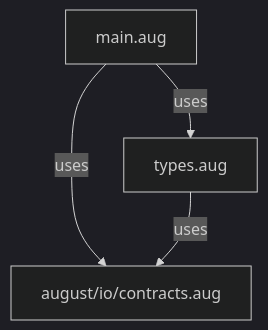
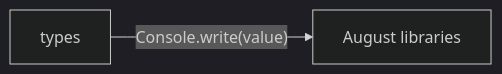
Before and after one commit to GreenPandaStudios/augscript: the second of 2 diagrams in docs/examples/generic-di/diagrams/index.md, drawn with Mermaid (dark theme). The commit also changed other lines of this file and 524 other files, not shown here.

Commit message:
Explain checked data flow at folder and service levels

````diff
--- a/docs/examples/generic-di/diagrams/index.md
+++ b/docs/examples/generic-di/diagrams/index.md
@@ -30,9 +30,6 @@
 ```mermaid
-flowchart TD
-    n0["august/io/contracts.aug"]
-    n1["main.aug"]
-    n2["types.aug"]
-    n1 -->|"uses"| n0
-    n1 -->|"uses"| n2
-    n2 -->|"uses"| n0
+flowchart LR
+    n0["August libraries"]
+    n1["types"]
+    n1 -->|"Console.write(value)"| n0
 ```
````
